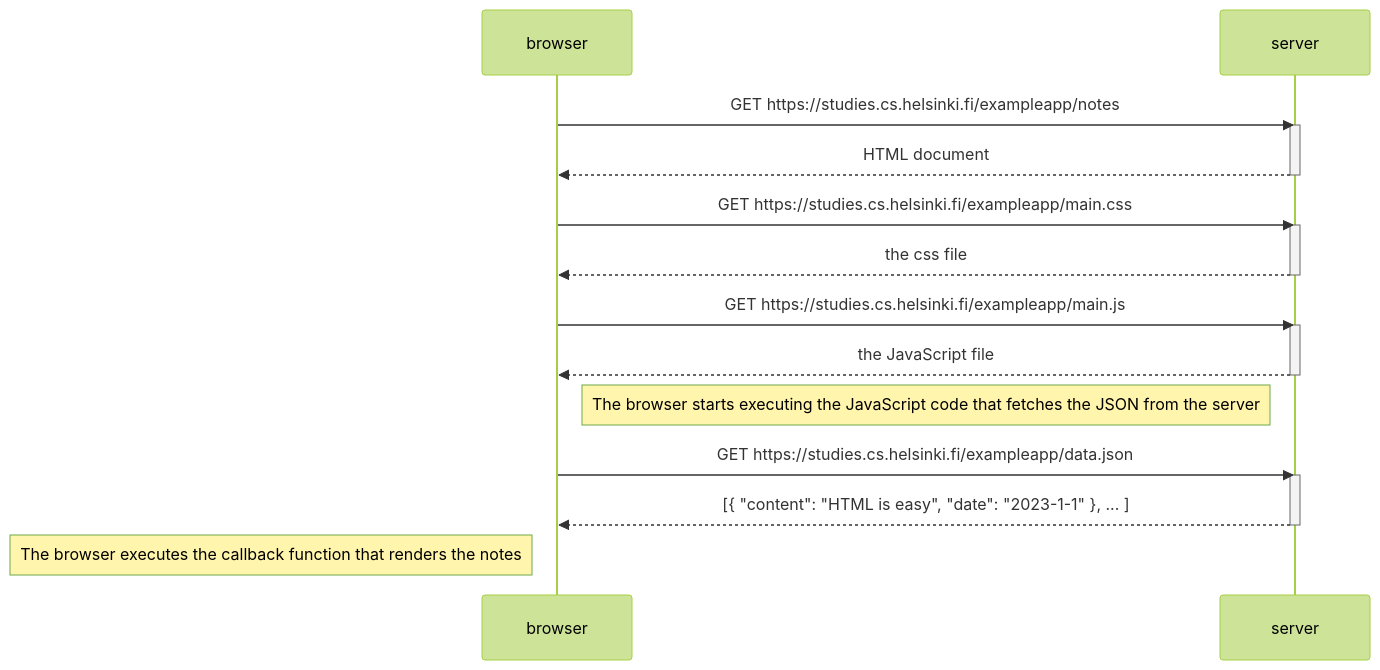
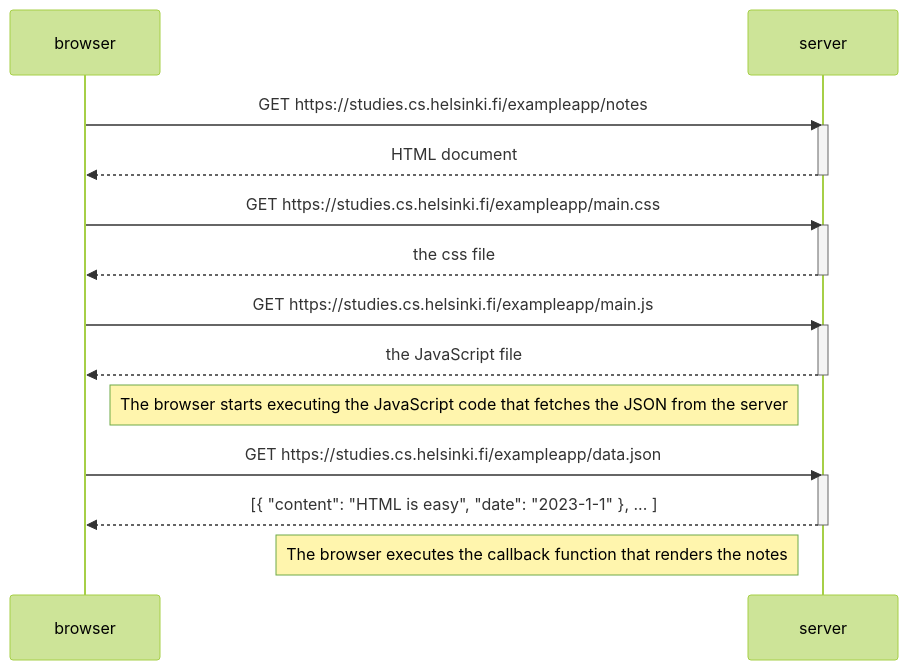
One commit to luzasergio/repositorio_prueba changed the second of 2 diagrams in README.md. Above: the diagram before and after it, drawn with Mermaid (forest theme).

Commit message:
Update note description in README.md

````diff
--- a/README.md
+++ b/README.md
@@ -12,30 +12,30 @@
 ```mermaid
 sequenceDiagram
     participant browser
     participant server
 
     browser->>server: GET https://studies.cs.helsinki.fi/exampleapp/notes
     activate server
     server-->>browser: HTML document
     deactivate server
 
     browser->>server: GET https://studies.cs.helsinki.fi/exampleapp/main.css
     activate server
     server-->>browser: the css file
     deactivate server
 
     browser->>server: GET https://studies.cs.helsinki.fi/exampleapp/main.js
     activate server
     server-->>browser: the JavaScript file
     deactivate server
 
     Note right of browser: The browser starts executing the JavaScript code that fetches the JSON from the server
 
     browser->>server: GET https://studies.cs.helsinki.fi/exampleapp/data.json
     activate server
     server-->>browser: [{ "content": "HTML is easy", "date": "2023-1-1" }, ... ]
     deactivate server
 
-    Note left of browser: The browser executes the callback function that renders the notes
+    Note left of server: The browser executes the callback function that renders the notes
 
 ```
````
